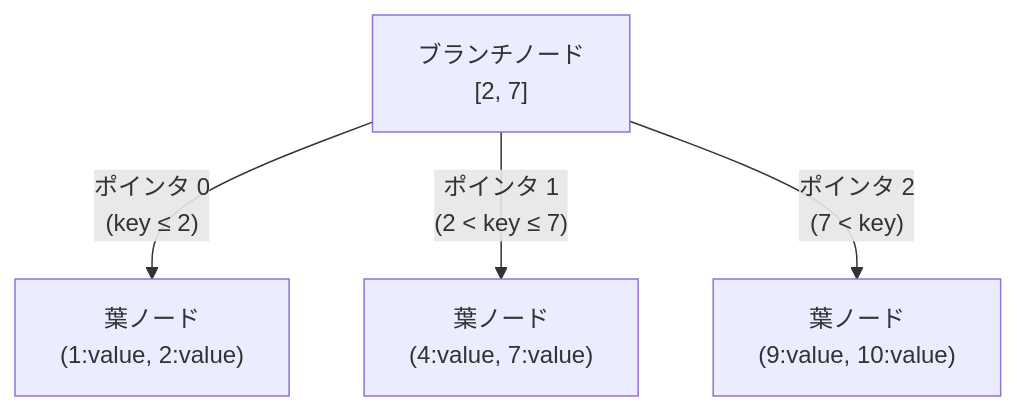
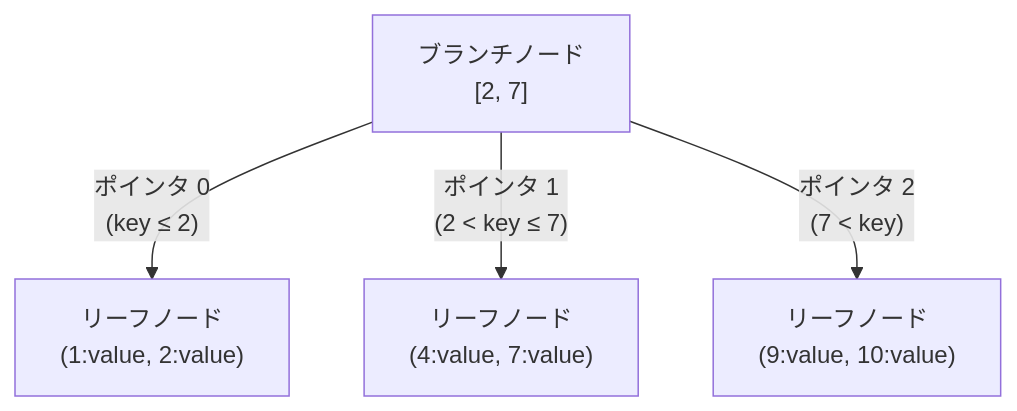
The diagram in docs/architecture/access/b+tree.md (ren-yamanashi/minesql), drawn with Mermaid before and after one commit. The commit also changed other lines of this file and 19 other files, not shown here.

````diff
--- a/docs/architecture/access/b+tree.md
+++ b/docs/architecture/access/b+tree.md
@@ -23,12 +39,12 @@
 ```mermaid
 graph TD
     Internal["ブランチノード<br/>[2, 7]"]
 
-    Leaf0["葉ノード<br/>(1:value, 2:value)"]
-    Leaf1["葉ノード<br/>(4:value, 7:value)"]
-    Leaf2["葉ノード<br/>(9:value, 10:value)"]
+    Leaf0["リーフノード<br/>(1:value, 2:value)"]
+    Leaf1["リーフノード<br/>(4:value, 7:value)"]
+    Leaf2["リーフノード<br/>(9:value, 10:value)"]
 
     Internal -->|"ポインタ 0<br/>(key ≤ 2)"| Leaf0
     Internal -->|"ポインタ 1<br/>(2 < key ≤ 7)"| Leaf1
     Internal -->|"ポインタ 2<br/>(7 < key)"| Leaf2
 ```
````
